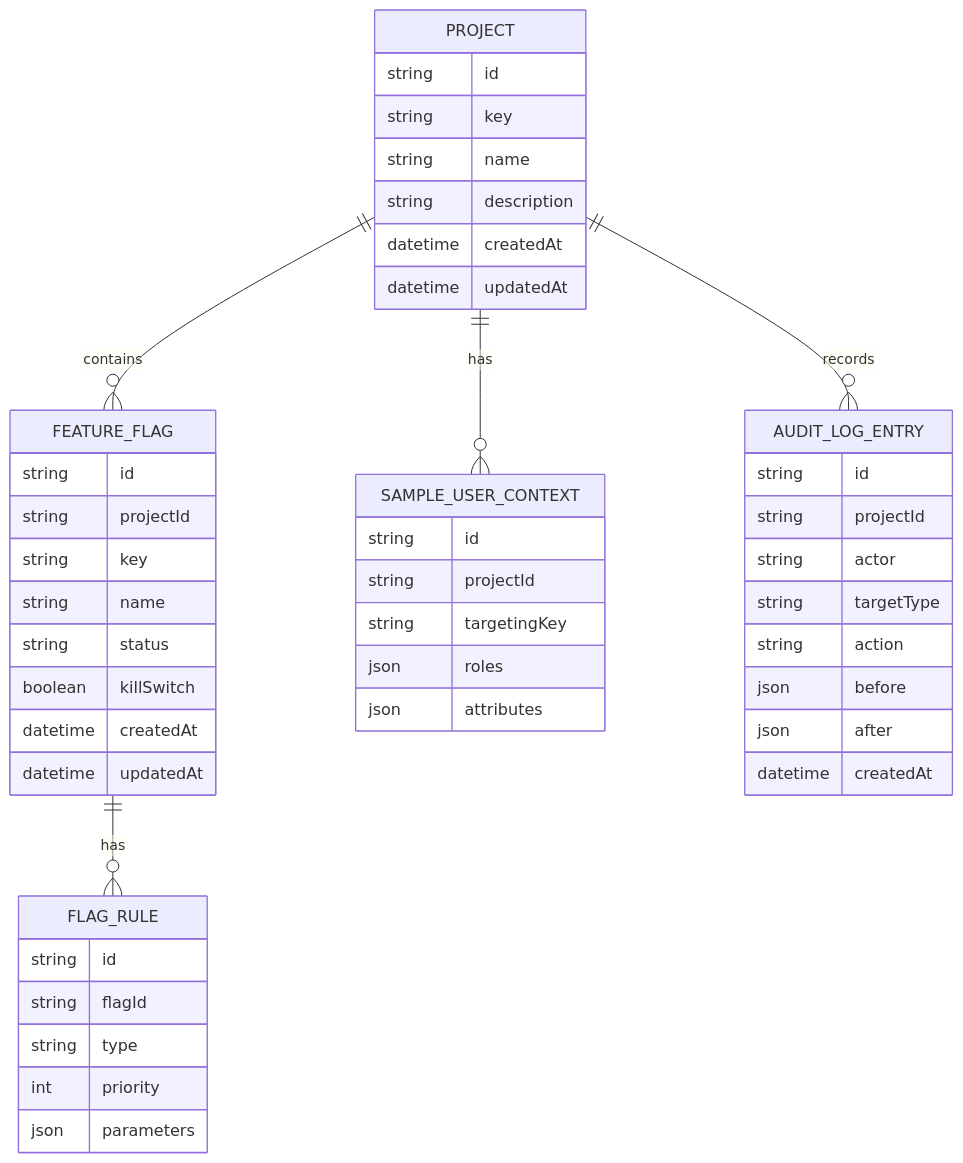
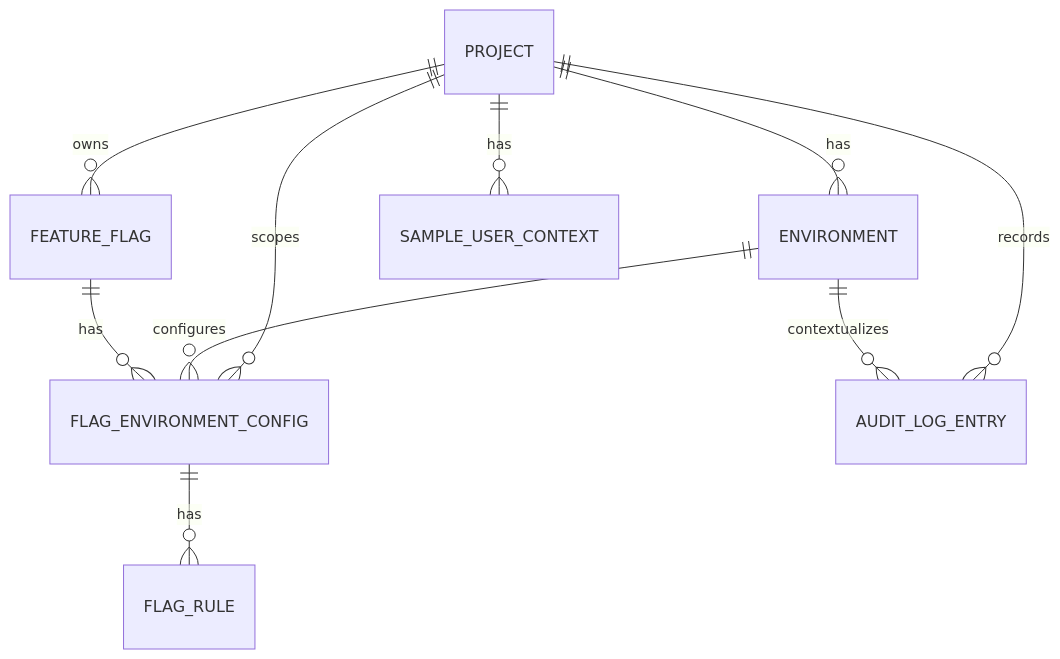
One commit to fabyanbui/feature-flag-platform changed the second of 5 diagrams in docs/learning/codebase-map.md. Above: the diagram before and after it, drawn with Mermaid. The commit also changed other lines of this file, not shown here.

````diff
--- a/docs/learning/codebase-map.md
+++ b/docs/learning/codebase-map.md
@@ -675,54 +552,13 @@
 ```mermaid
 erDiagram
-  PROJECT ||--o{ FEATURE_FLAG : contains
-  FEATURE_FLAG ||--o{ FLAG_RULE : has
+  PROJECT ||--o{ ENVIRONMENT : has
+  PROJECT ||--o{ FEATURE_FLAG : owns
+  PROJECT ||--o{ FLAG_ENVIRONMENT_CONFIG : scopes
   PROJECT ||--o{ SAMPLE_USER_CONTEXT : has
   PROJECT ||--o{ AUDIT_LOG_ENTRY : records
 
-  PROJECT {
-    string id
-    string key
-    string name
-    string description
-    datetime createdAt
-    datetime updatedAt
-  }
-
-  FEATURE_FLAG {
-    string id
-    string projectId
-    string key
-    string name
-    string status
-    boolean killSwitch
-    datetime createdAt
-    datetime updatedAt
-  }
-
-  FLAG_RULE {
-    string id
-    string flagId
-    string type
-    int priority
-    json parameters
-  }
-
-  SAMPLE_USER_CONTEXT {
-    string id
-    string projectId
-    string targetingKey
-    json roles
-    json attributes
-  }
-
-  AUDIT_LOG_ENTRY {
-    string id
-    string projectId
-    string actor
-    string targetType
-    string action
-    json before
-    json after
-    datetime createdAt
-  }
+  ENVIRONMENT ||--o{ FLAG_ENVIRONMENT_CONFIG : configures
+  FEATURE_FLAG ||--o{ FLAG_ENVIRONMENT_CONFIG : has
+  FLAG_ENVIRONMENT_CONFIG ||--o{ FLAG_RULE : has
+  ENVIRONMENT ||--o{ AUDIT_LOG_ENTRY : contextualizes
 ```
````
